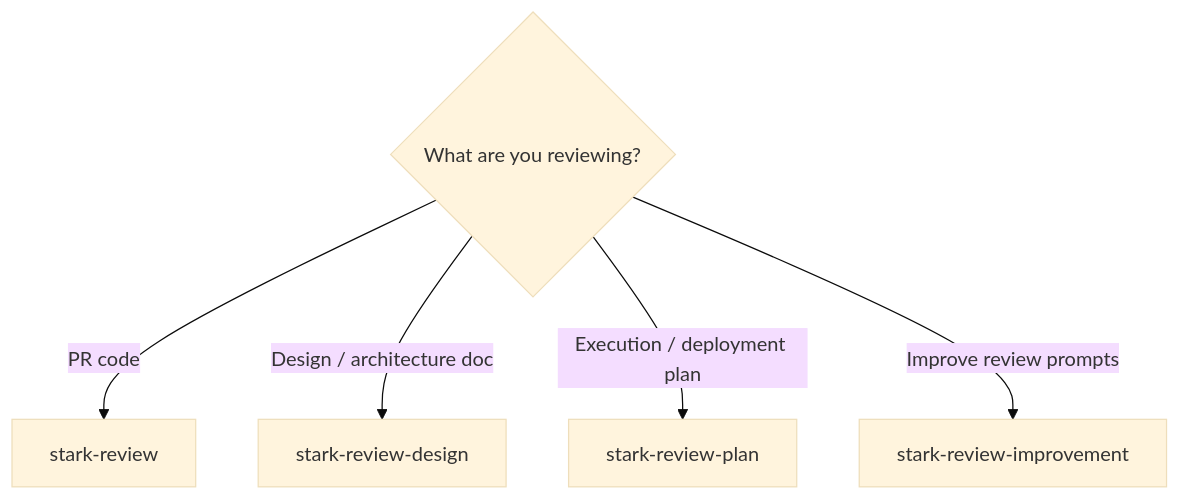
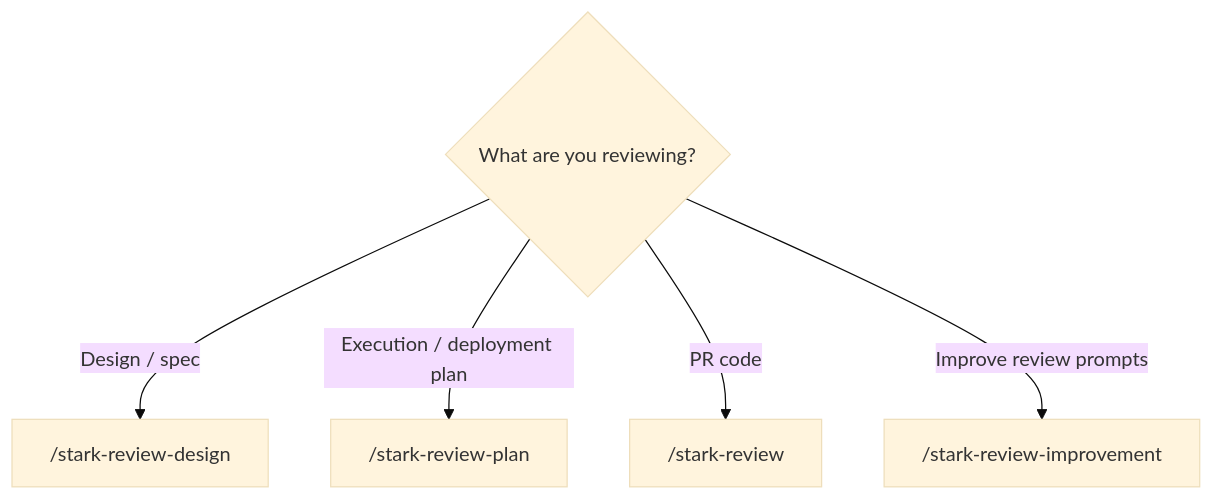
The third of 8 diagrams in docs/skills/README.md (21StarkCom/stark-skills), drawn with Mermaid (base theme) before and after one commit. The commit also changed other lines of this file and 1 other file, not shown here.

````diff
--- a/docs/skills/README.md
+++ b/docs/skills/README.md
@@ -9,7 +65,7 @@
 ```mermaid
 graph TD
-    A{What are you reviewing?} -->|PR code| B[stark-review]
-    A -->|Design / architecture doc| C[stark-review-design]
-    A -->|Execution / deployment plan| D[stark-review-plan]
-    A -->|Improve review prompts| E[stark-review-improvement]
+    A{What are you reviewing?} -->|Design / spec| B["/stark-review-design"]
+    A -->|Execution / deployment plan| C["/stark-review-plan"]
+    A -->|PR code| D["/stark-review"]
+    A -->|Improve review prompts| E["/stark-review-improvement"]
 ```
````
